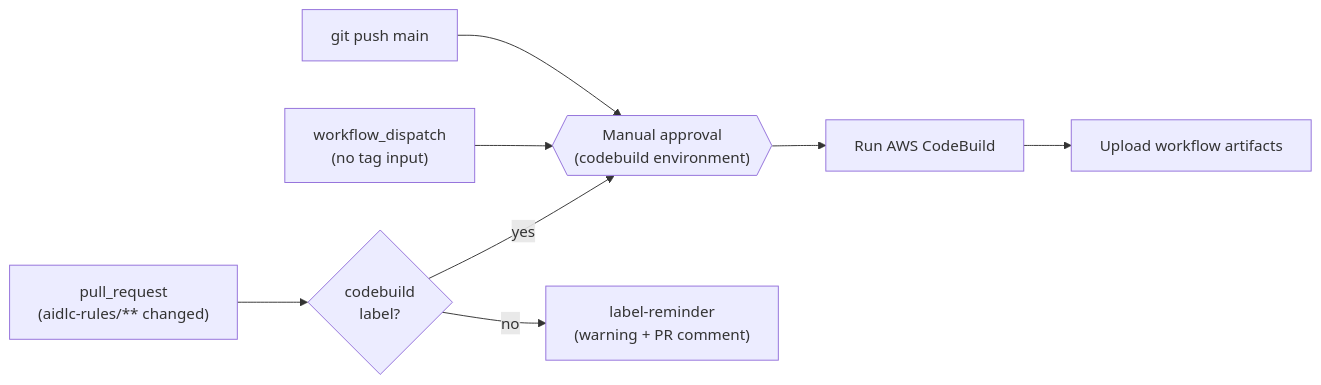
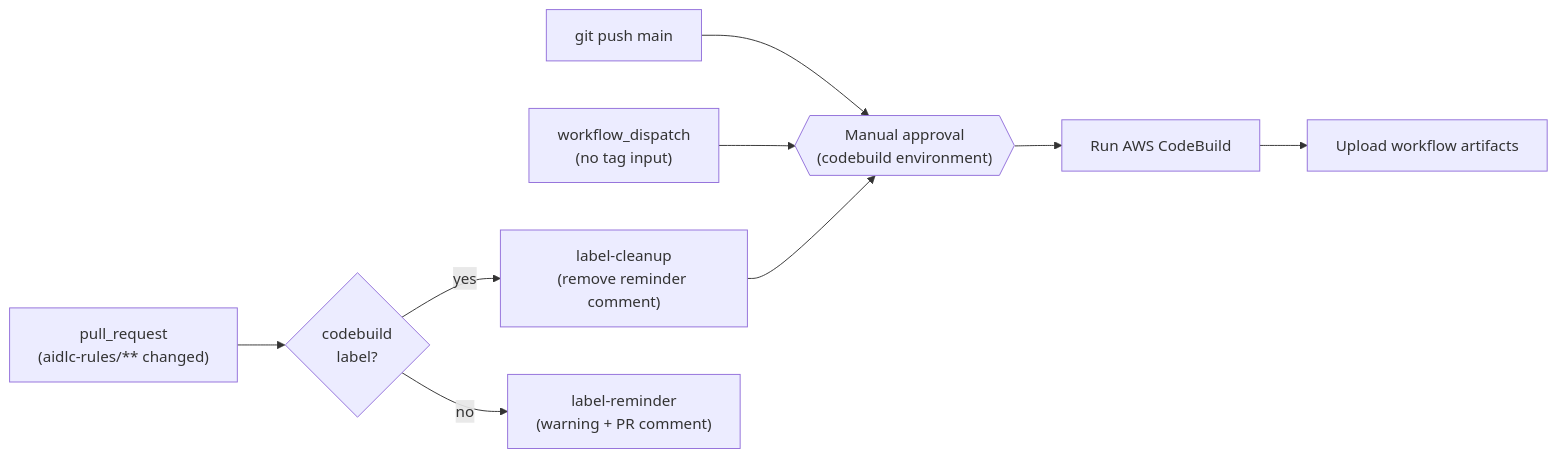
The second of 3 diagrams in docs/ADMINISTRATIVE_GUIDE.md (awslabs/aidlc-workflows), drawn with Mermaid before and after one commit.

Commit message:
docs: add label-cleanup step to CI pipeline mermaid diagram

````diff
--- a/docs/ADMINISTRATIVE_GUIDE.md
+++ b/docs/ADMINISTRATIVE_GUIDE.md
@@ -115,10 +115,11 @@
 ```mermaid
 flowchart LR
     A["git push main"] --> B{{"Manual approval\n(codebuild environment)"}}
     C["workflow_dispatch\n(no tag input)"] --> B
     D["pull_request\n(aidlc-rules/** changed)"] --> E{"codebuild\nlabel?"}
-    E -->|yes| B
-    E -->|no| F["label-reminder\n(warning + PR comment)"]
+    E -->|yes| F["label-cleanup\n(remove reminder comment)"]
+    F --> B
+    E -->|no| I["label-reminder\n(warning + PR comment)"]
     B --> G["Run AWS CodeBuild"]
     G --> H["Upload workflow artifacts"]
 ```
````
